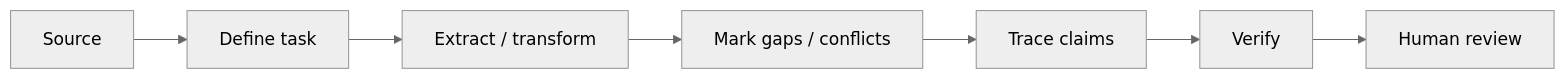
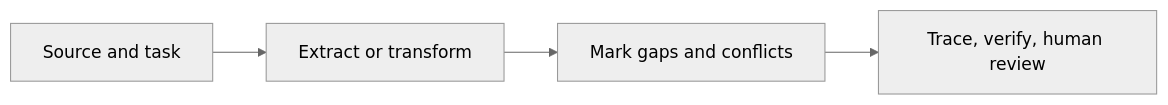
One commit to Ange230700/ibm-ai-foundations-for-everyone-notes changed the diagram in teaching/visuals/s04/en/source-grounded-method.mmd. Above: the diagram before and after it, drawn with Mermaid (neutral theme). The commit also changed 12 other files, not shown here.

```diff
--- a/teaching/visuals/s04/en/source-grounded-method.mmd
+++ b/teaching/visuals/s04/en/source-grounded-method.mmd
@@ -1,7 +1,4 @@
 flowchart LR
- A["Source"] --> B["Define task"]
- B --> C["Extract / transform"]
- C --> D["Mark gaps / conflicts"]
- D --> E["Trace claims"]
- E --> F["Verify"]
- F --> G["Human review"]
+ A["Source and task"] --> B["Extract or transform"]
+ B --> C["Mark gaps and conflicts"]
+ C --> D["Trace, verify, human review"]
```
